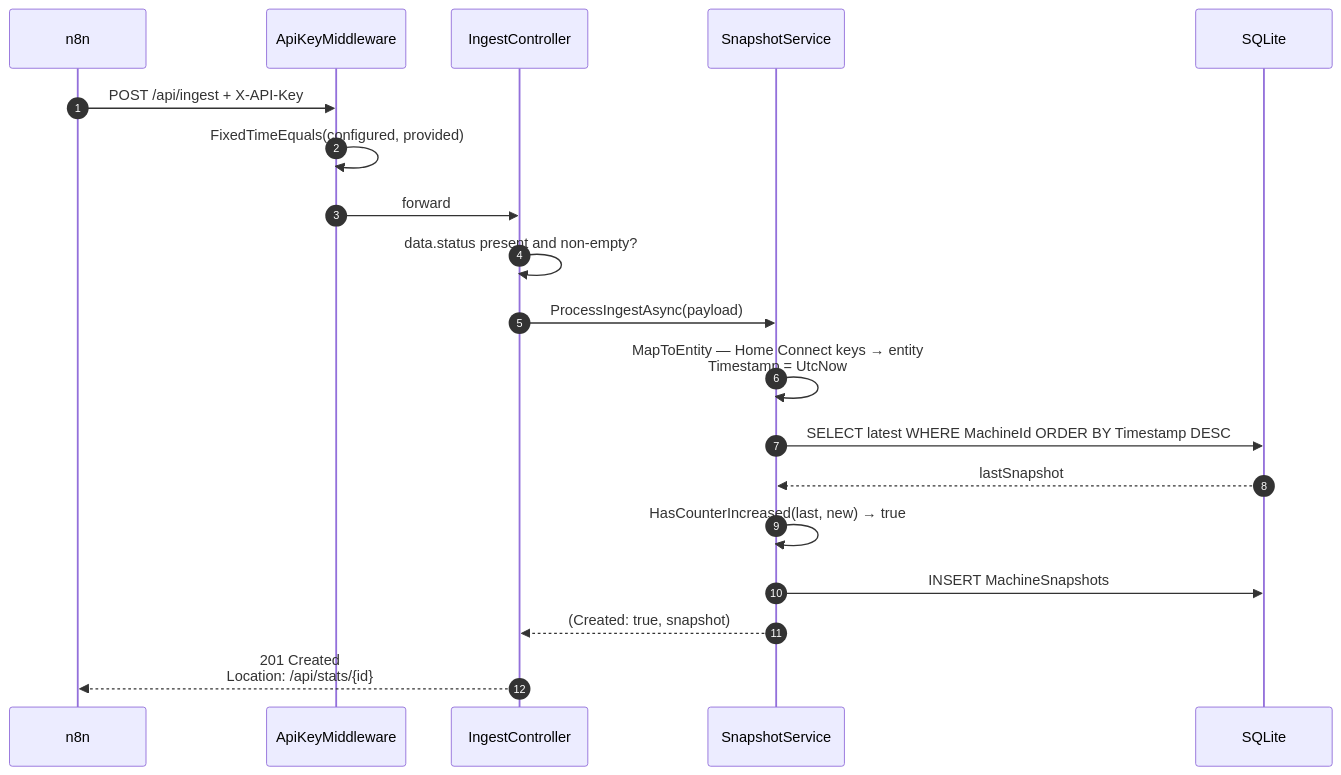
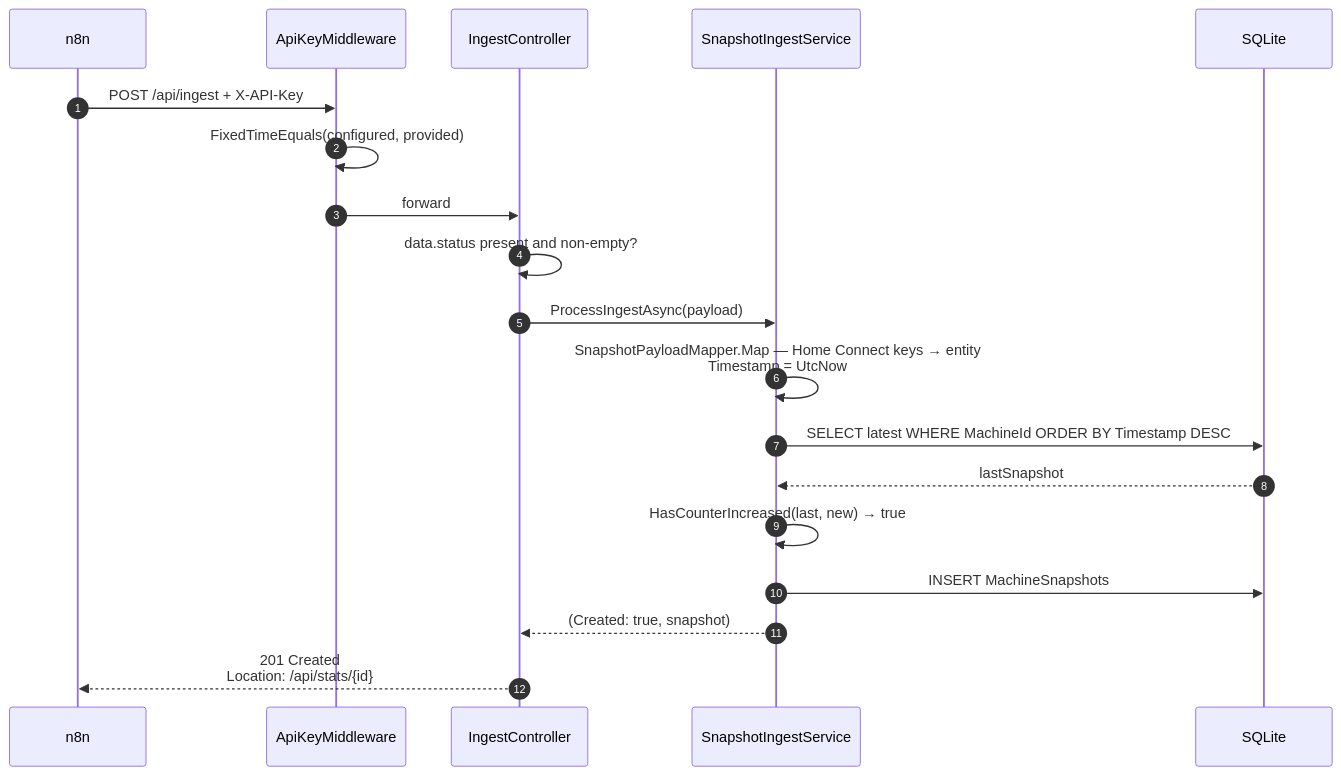
Before and after one commit to Gereon93/coffee: the first of 7 diagrams in doc/arc42/06-runtime.md, drawn with Mermaid. The commit also changed other lines of this file and 34 other files, not shown here.

First line of the commit message:
refactor(api): SnapshotService in vier Verantwortlichkeiten schneiden (TD-12/13/14) (#44)

````diff
--- a/doc/arc42/06-runtime.md
+++ b/doc/arc42/06-runtime.md
@@ -8,22 +8,22 @@
 ```mermaid
 sequenceDiagram
     autonumber
     participant N as n8n
     participant MW as ApiKeyMiddleware
     participant C as IngestController
-    participant S as SnapshotService
+    participant S as SnapshotIngestService
     participant DB as SQLite
 
     N->>MW: POST /api/ingest + X-API-Key
     MW->>MW: FixedTimeEquals(configured, provided)
     MW->>C: forward
     C->>C: data.status present and non-empty?
     C->>S: ProcessIngestAsync(payload)
-    S->>S: MapToEntity — Home Connect keys → entity<br/>Timestamp = UtcNow
+    S->>S: SnapshotPayloadMapper.Map — Home Connect keys → entity<br/>Timestamp = UtcNow
     S->>DB: SELECT latest WHERE MachineId ORDER BY Timestamp DESC
     DB-->>S: lastSnapshot
     S->>S: HasCounterIncreased(last, new) → true
     S->>DB: INSERT MachineSnapshots
     S-->>C: (Created: true, snapshot)
     C-->>N: 201 Created<br/>Location: /api/stats/{id}
 ```
````
